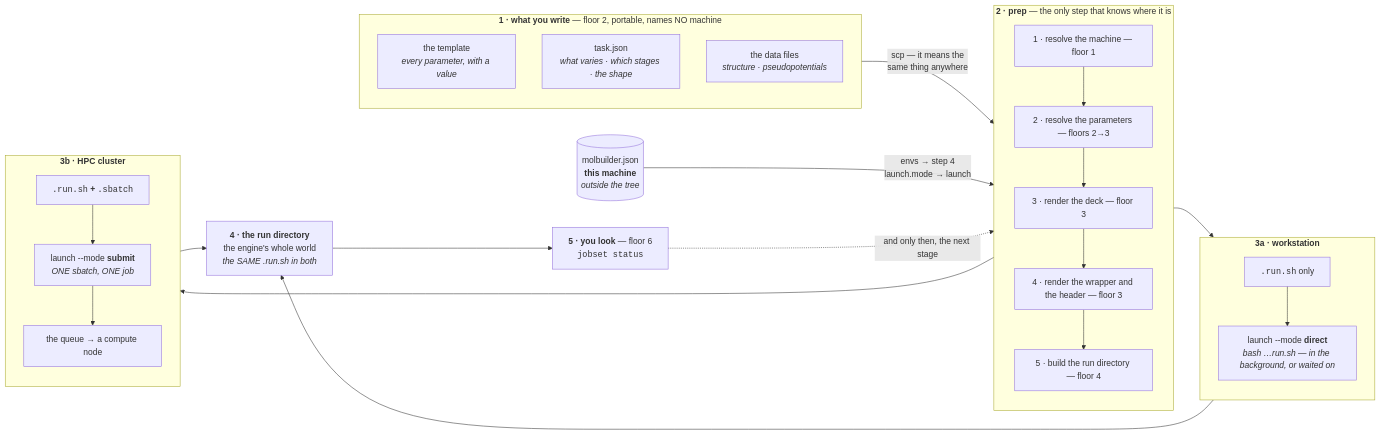
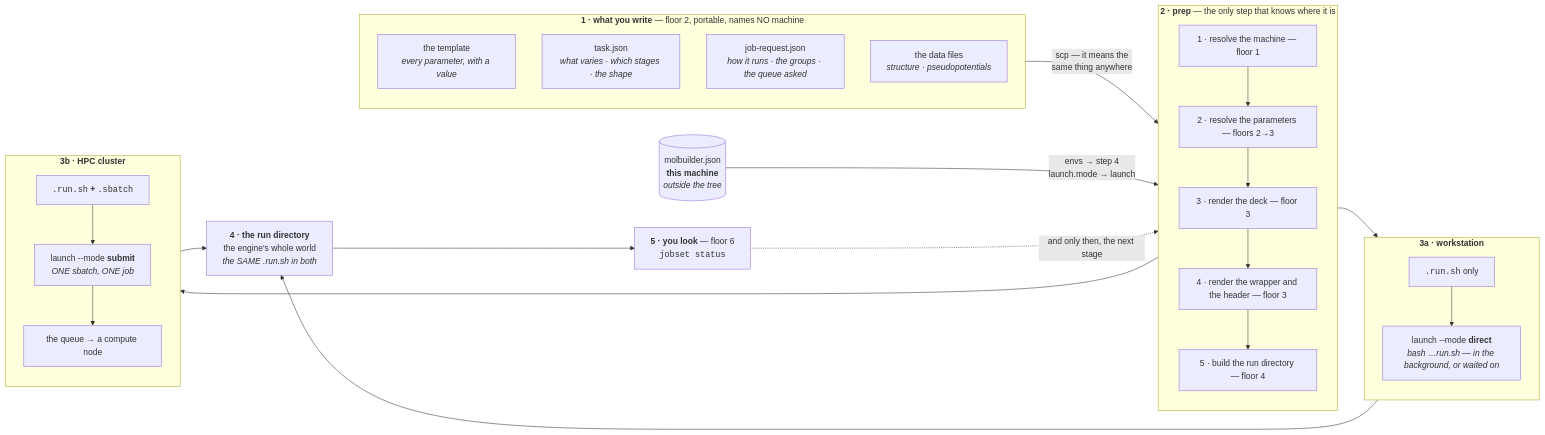
One commit to Qing-LAB/molbuilder changed the ninth of 10 diagrams in docs/execution/architecture.md. Above: the diagram before and after it, drawn with Mermaid. The commit also changed other lines of this file and 196 other files, not shown here.

````diff
--- a/docs/execution/architecture.md
+++ b/docs/execution/architecture.md
@@ -1223,46 +1225,47 @@
 ```mermaid
 flowchart LR
     subgraph PORT["<b>1 · what you write</b> — floor 2, portable, names NO machine"]
       direction TB
       T["the template<br/><i>every parameter, with a value</i>"]
       TJ["task.json<br/><i>what varies · which stages · the shape</i>"]
+      JRQ["job-request.json<br/><i>how it runs · the groups · the queue asked</i>"]
       DAT["the data files<br/><i>structure · pseudopotentials</i>"]
     end
 
     CFG[("molbuilder.json<br/><b>this machine</b><br/><i>outside the tree</i>")]
 
     subgraph PREP["<b>2 · prep</b> — the only step that knows where it is"]
       direction TB
       S1["1 · resolve the machine — floor 1"]
       S2["2 · resolve the parameters — floors 2→3"]
       S3["3 · render the deck — floor 3"]
       S4["4 · render the wrapper and the header — floor 3"]
       S5["5 · build the run directory — floor 4"]
       S1 --> S2 --> S3 --> S4 --> S5
     end
 
     subgraph WS["<b>3a · workstation</b>"]
       direction TB
       WA["<code>.run.sh</code> only"]
       WB["launch --mode <b>direct</b><br/><i>bash …run.sh — in the background, or waited on</i>"]
       WA --> WB
     end
     subgraph HPC["<b>3b · HPC cluster</b>"]
       direction TB
       HA["<code>.run.sh</code> <b>+</b> <code>.sbatch</code>"]
       HB["launch --mode <b>submit</b><br/><i>ONE sbatch, ONE job</i>"]
       HC["the queue → a compute node"]
       HA --> HB --> HC
     end
 
     RUN["<b>4 · the run directory</b><br/>the engine's whole world<br/><i>the SAME .run.sh in both</i>"]
     OBS["<b>5 · you look</b> — floor 6<br/><code>jobset status</code>"]
 
     PORT -->|"scp — it means the<br/>same thing anywhere"| PREP
     CFG -->|"envs → step 4<br/>launch.mode → launch"| PREP
     PREP --> WS & HPC
     WS --> RUN
     HPC --> RUN
     RUN --> OBS
     OBS -.->|"and only then, the next stage"| PREP
 ```
````
